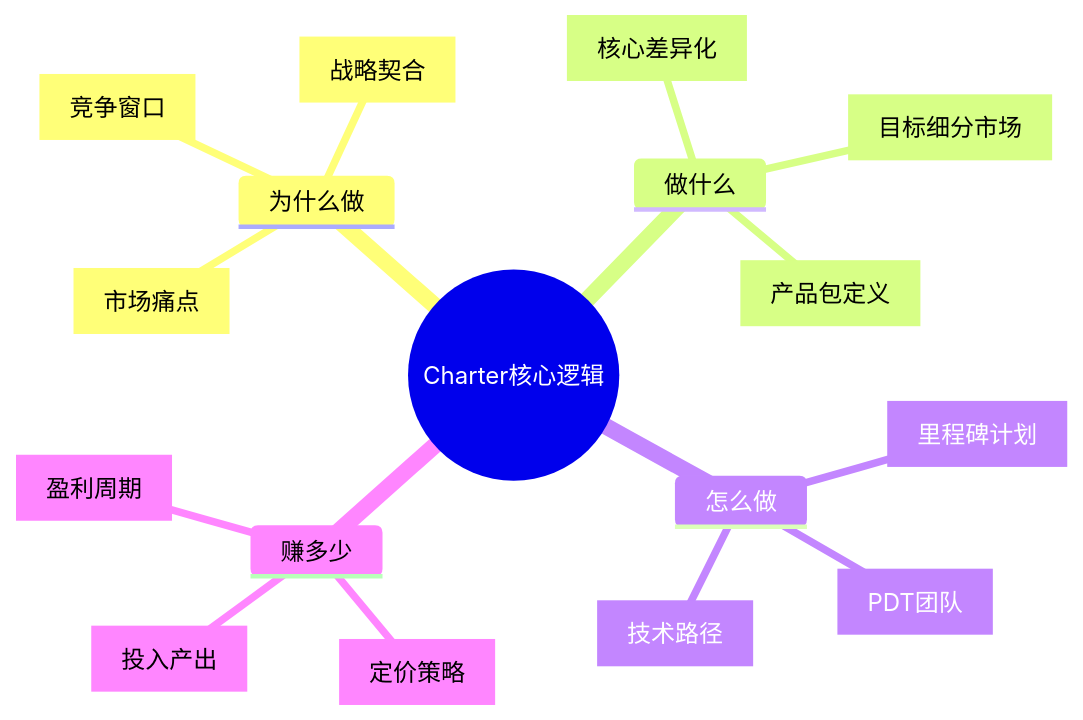
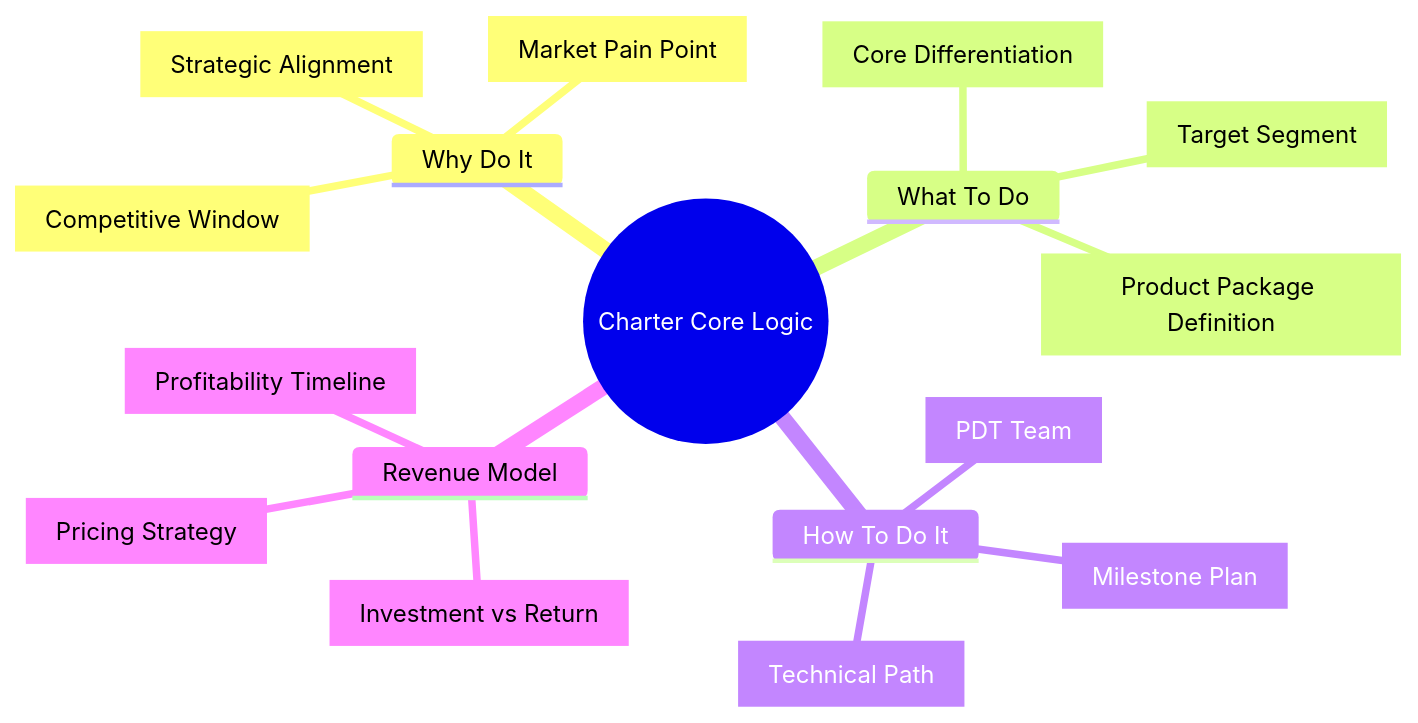
One commit to Kirky-X/cangjie changed the first of 11 diagrams in templates/产品/战略层/【模板】项目任务书.md. Above: the diagram before and after it, drawn with Mermaid. The commit also changed other lines of this file and 12 other files, not shown here.

````diff
--- a/templates/产品/战略层/【模板】项目任务书.md
+++ b/templates/产品/战略层/【模板】项目任务书.md
@@ -66,20 +66,20 @@
 ```mermaid
 mindmap
-  root((Charter核心逻辑))
-    为什么做
-      [市场痛点]
-      [战略契合]
-      [竞争窗口]
-    做什么
-      [产品包定义]
-      [目标细分市场]
-      [核心差异化]
-    怎么做
-      [里程碑计划]
-      [PDT团队]
-      [技术路径]
-    赚多少
-      [投入产出]
-      [定价策略]
-      [盈利周期]
+  root((Charter Core Logic))
+    Why Do It
+      [Market Pain Point]
+      [Strategic Alignment]
+      [Competitive Window]
+    What To Do
+      [Product Package Definition]
+      [Target Segment]
+      [Core Differentiation]
+    How To Do It
+      [Milestone Plan]
+      [PDT Team]
+      [Technical Path]
+    Revenue Model
+      [Investment vs Return]
+      [Pricing Strategy]
+      [Profitability Timeline]
 ```
````
